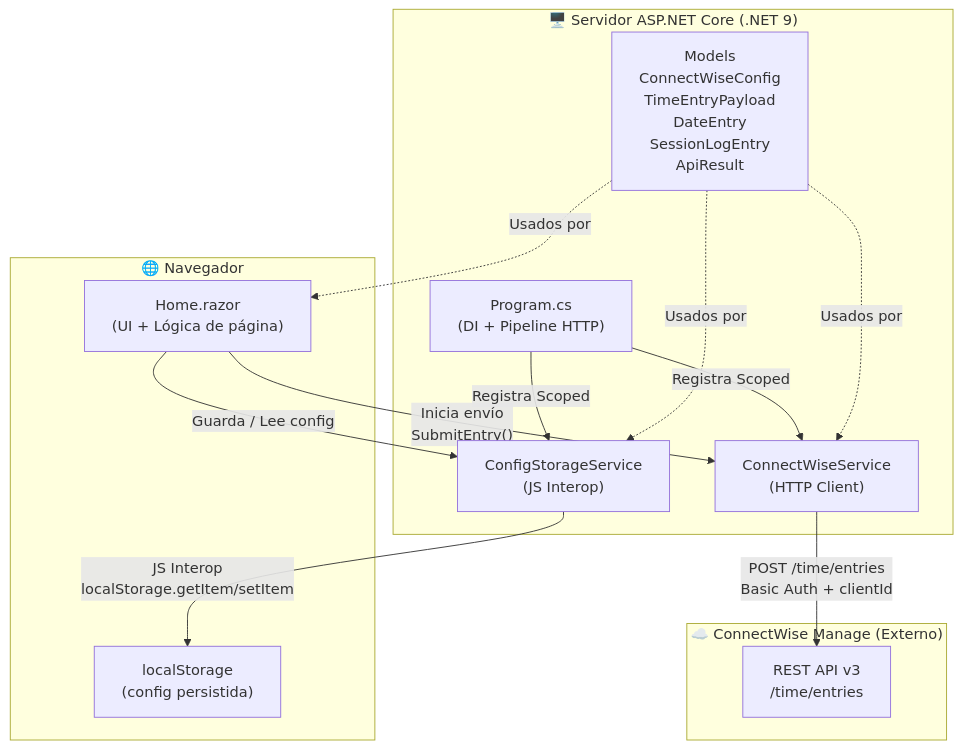
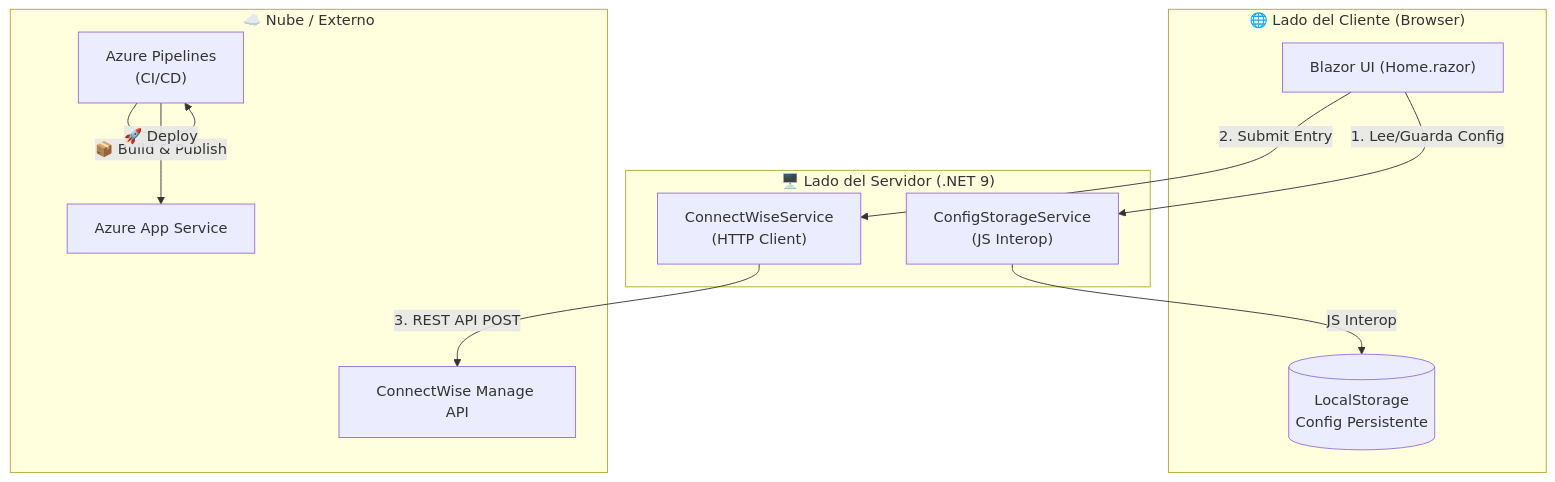
One commit to qaandres206-source/entries-connect changed the diagram in README.md. Above: the diagram before and after it, drawn with Mermaid. The commit also changed other lines of this file, not shown here.

Commit message:
docs: actualizar README con arquitectura y pipeline CI/CD

````diff
--- a/README.md
+++ b/README.md
@@ -107,28 +37,26 @@
 ```mermaid
 graph TD
-    subgraph Browser["🌐 Navegador"]
-        UI["Home.razor\n(UI + Lógica de página)"]
-        LS["localStorage\n(config persistida)"]
+    subgraph ClientSide ["🌐 Lado del Cliente (Browser)"]
+        UI["Blazor UI (Home.razor)"]
+        LS[("LocalStorage\nConfig Persistente")]
     end
 
-    subgraph Server["🖥️ Servidor ASP.NET Core (.NET 9)"]
-        PRG["Program.cs\n(DI + Pipeline HTTP)"]
+    subgraph ServerSide ["🖥️ Lado del Servidor (.NET 9)"]
         CWS["ConnectWiseService\n(HTTP Client)"]
         CSS["ConfigStorageService\n(JS Interop)"]
-        MDL["Models\nConnectWiseConfig\nTimeEntryPayload\nDateEntry\nSessionLogEntry\nApiResult"]
     end
 
-    subgraph CW["☁️ ConnectWise Manage (Externo)"]
-        API["REST API v3\n/time/entries"]
+    subgraph External ["☁️ Nube / Externo"]
+        CWA["ConnectWise Manage API"]
+        AZPD["Azure Pipelines\n(CI/CD)"]
+        AZWA["Azure App Service"]
     end
 
-    UI -- "Inicia envío\nSubmitEntry()" --> CWS
-    UI -- "Guarda / Lee config" --> CSS
-    CSS -- "JS Interop\nlocalStorage.getItem/setItem" --> LS
-    CWS -- "POST /time/entries\nBasic Auth + clientId" --> API
-    PRG -- "Registra Scoped" --> CWS
-    PRG -- "Registra Scoped" --> CSS
-    MDL -. "Usados por" .-> CWS
-    MDL -. "Usados por" .-> UI
-    MDL -. "Usados por" .-> CSS
+    UI -- "1. Lee/Guarda Config" --> CSS
+    CSS -- "JS Interop" --> LS
+    UI -- "2. Submit Entry" --> CWS
+    CWS -- "3. REST API POST" --> CWA
+    
+    AZPD -- "📦 Build & Publish" --> AZPD
+    AZPD -- "🚀 Deploy" --> AZWA
 ```
````
